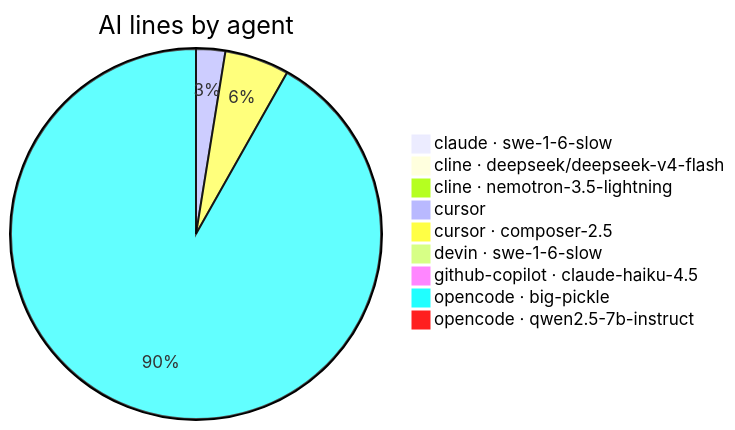
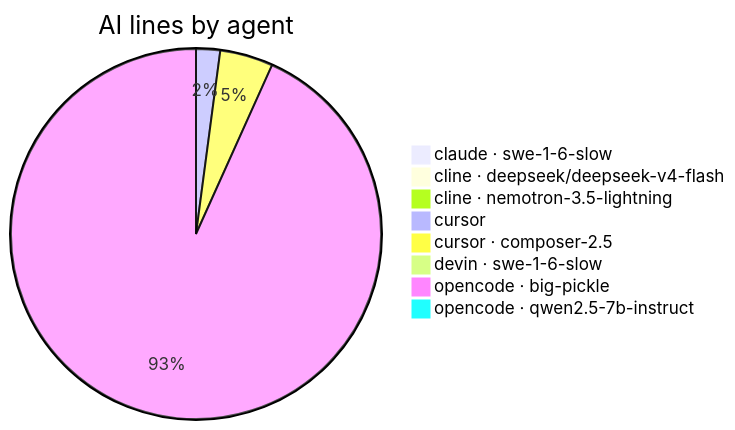
One commit to CaliMark/game-of-life changed the second of 4 diagrams in AI-AUTHORSHIP.md. Above: the diagram before and after it, drawn with Mermaid. The commit also changed other lines of this file and 1 other file, not shown here.

````diff
--- a/AI-AUTHORSHIP.md
+++ b/AI-AUTHORSHIP.md
@@ -30,12 +37,11 @@
 ```mermaid
 pie title AI lines by agent
     "claude · swe-1-6-slow" : 1
     "cline · deepseek/deepseek-v4-flash" : 1
     "cline · nemotron-3.5-lightning" : 1
     "cursor" : 19
     "cursor · composer-2.5" : 42
     "devin · swe-1-6-slow" : 1
-    "github-copilot · claude-haiku-4.5" : 7
-    "opencode · big-pickle" : 685
+    "opencode · big-pickle" : 845
     "opencode · qwen2.5-7b-instruct" : 3
 ```
````
